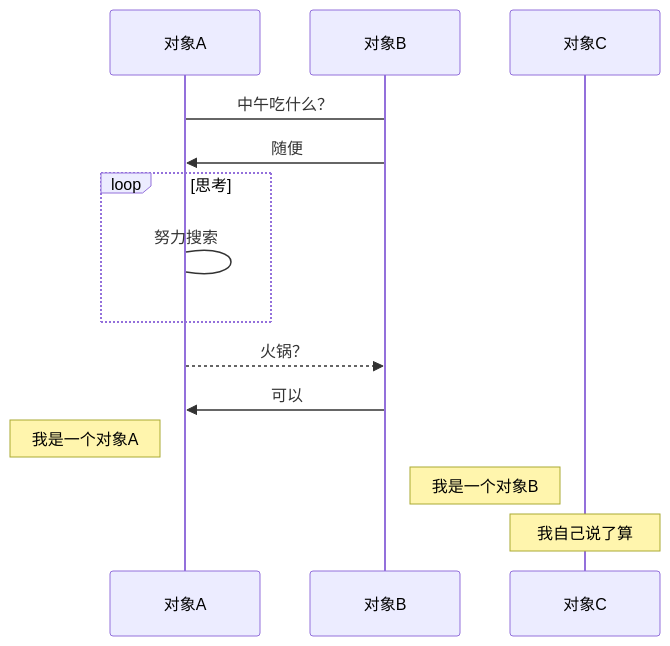
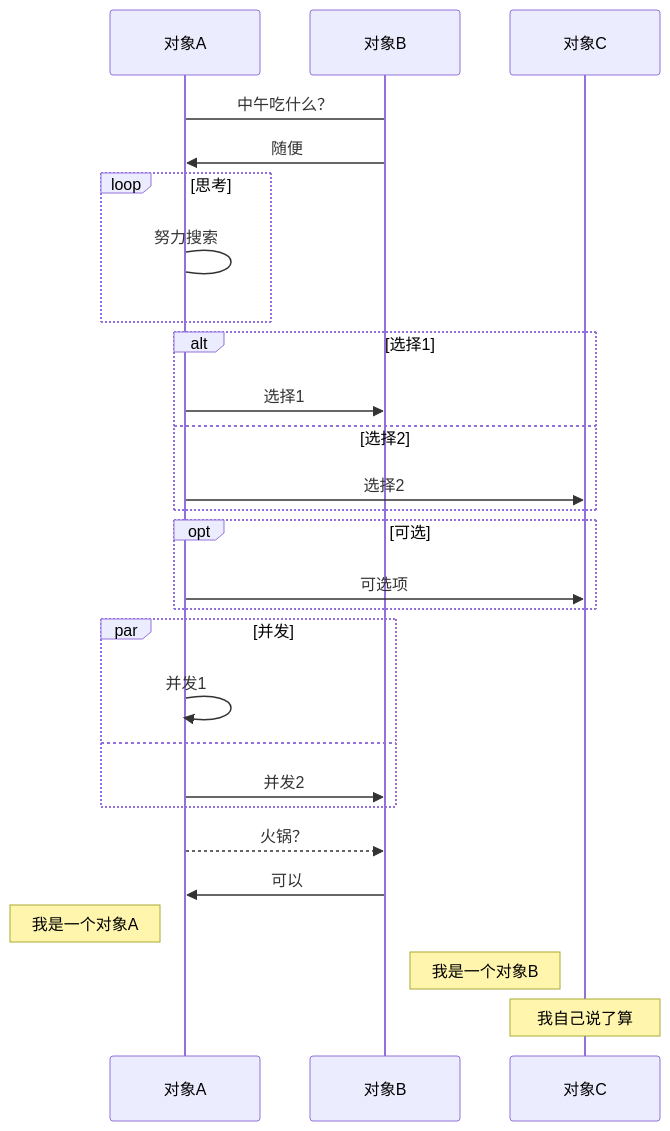
Before and after one commit to hanjingo/doc: the second of 13 diagrams in LANG/markdown.md, drawn with Mermaid. The commit also changed other lines of this file and 20 other files, not shown here.

````diff
--- a/LANG/markdown.md
+++ b/LANG/markdown.md
@@ -816,14 +829,27 @@
 ```mermaid
 sequenceDiagram
 对象A->对象B:中午吃什么？
 对象B->>对象A: 随便
 loop 思考
     对象A->对象A: 努力搜索
+end
+alt 选择1
+	对象A->>对象B: 选择1
+else 选择2
+	对象A->>对象C: 选择2
+end
+opt 可选
+	对象A->>对象C: 可选项
+end
+par 并发
+	对象A->>对象A: 并发1
+and
+	对象A->>对象B: 并发2
 end
 对象A-->>对象B: 火锅？
 对象B->>对象A: 可以
 Note left of 对象A: 我是一个对象A
 Note right of 对象B: 我是一个对象B
 participant 对象C
 Note over 对象C: 我自己说了算
 ```
````
